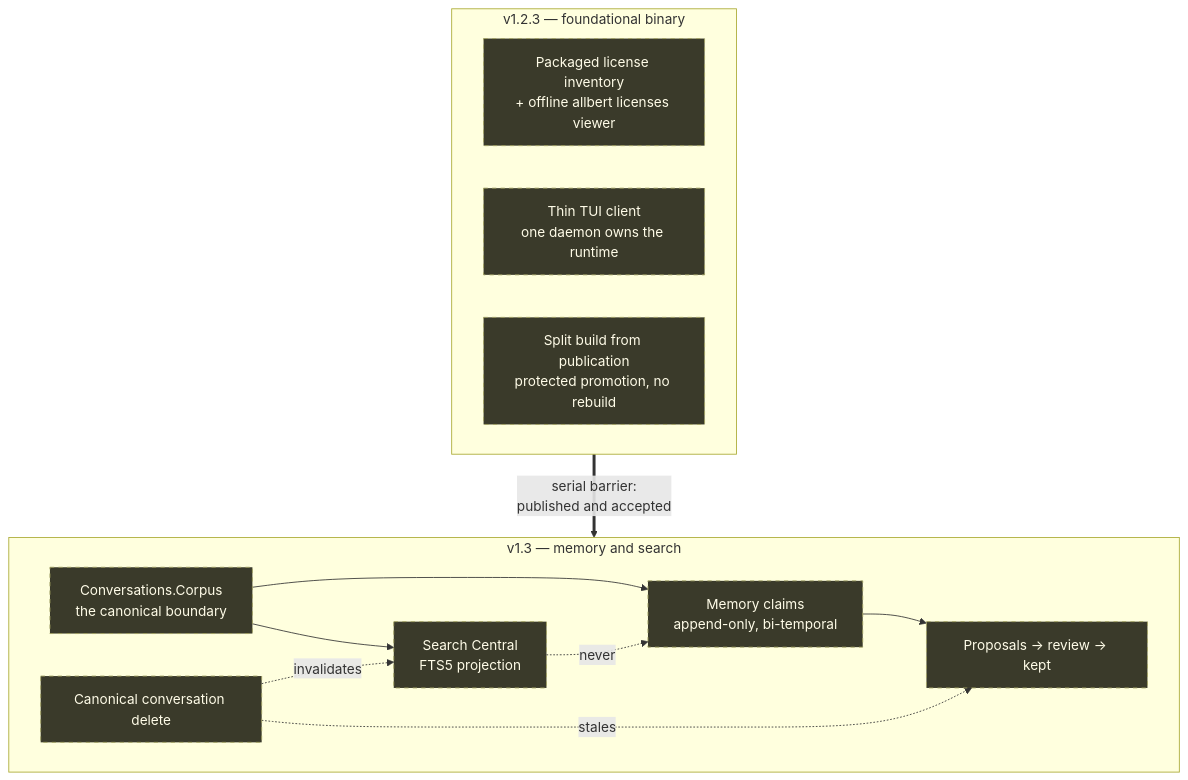
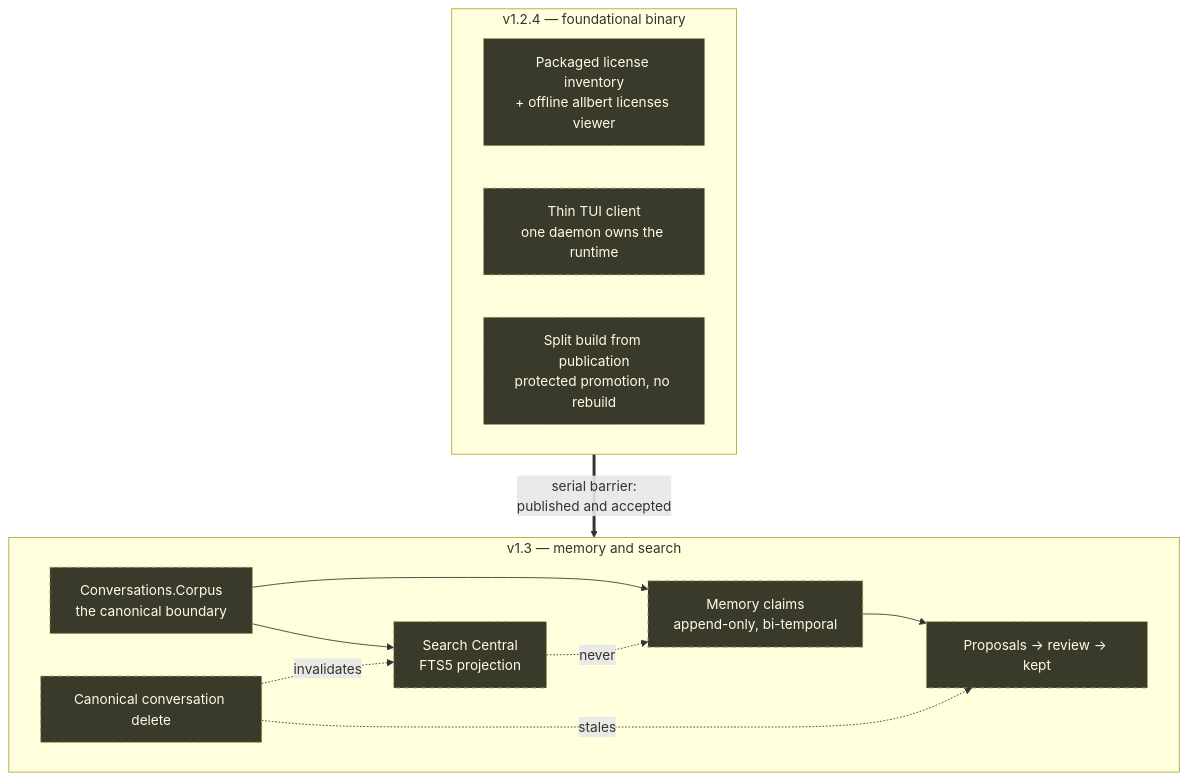
One commit to lexlapax/allbert-assist changed the seventh of 7 diagrams in docs/design/architecture-diagrams.md. Above: the diagram before and after it, drawn with Mermaid. The commit also changed other lines of this file and 34 other files, not shown here.

````diff
--- a/docs/design/architecture-diagrams.md
+++ b/docs/design/architecture-diagrams.md
@@ -337,28 +337,28 @@
 ```mermaid
 flowchart TB
-    subgraph V121["v1.2.3 — foundational binary"]
+    subgraph V121["v1.2.4 — foundational binary"]
         LIC["Packaged license inventory<br/>+ offline allbert licenses viewer"]
         THIN["Thin TUI client<br/>one daemon owns the runtime"]
         PROMO["Split build from publication<br/>protected promotion, no rebuild"]
     end
 
     subgraph V13["v1.3 — memory and search"]
         CORPUS["Conversations.Corpus<br/>the canonical boundary"]
         CLAIMS["Memory claims<br/>append-only, bi-temporal"]
         PROP["Proposals → review → kept"]
         SEARCH["Search Central<br/>FTS5 projection"]
         DEL["Canonical conversation delete"]
     end
 
     V121 ==>|serial barrier:<br/>published and accepted| V13
 
     CORPUS --> CLAIMS
     CORPUS --> SEARCH
     CLAIMS --> PROP
     DEL -.invalidates.-> SEARCH
     DEL -.stales.-> PROP
     SEARCH -.->|never| CLAIMS
 
     classDef planned stroke-dasharray: 5 5,fill:#3a3a2a,stroke:#a0a060,color:#fffce8
     class LIC,THIN,PROMO,CORPUS,CLAIMS,PROP,SEARCH,DEL planned
 ```
````
